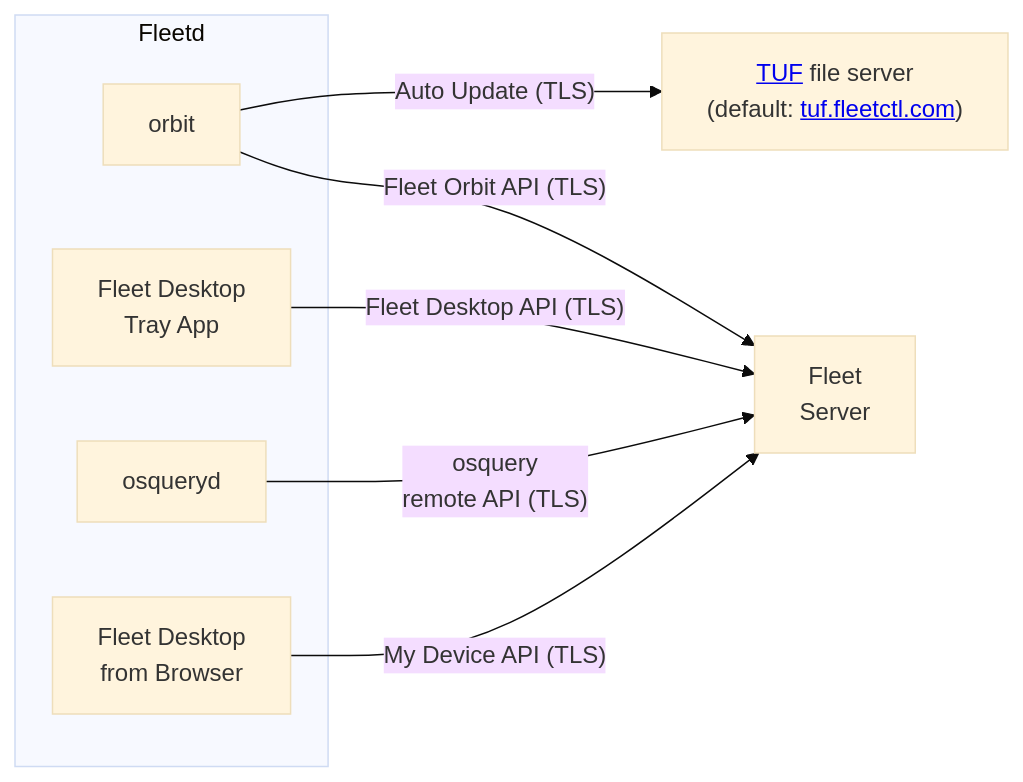
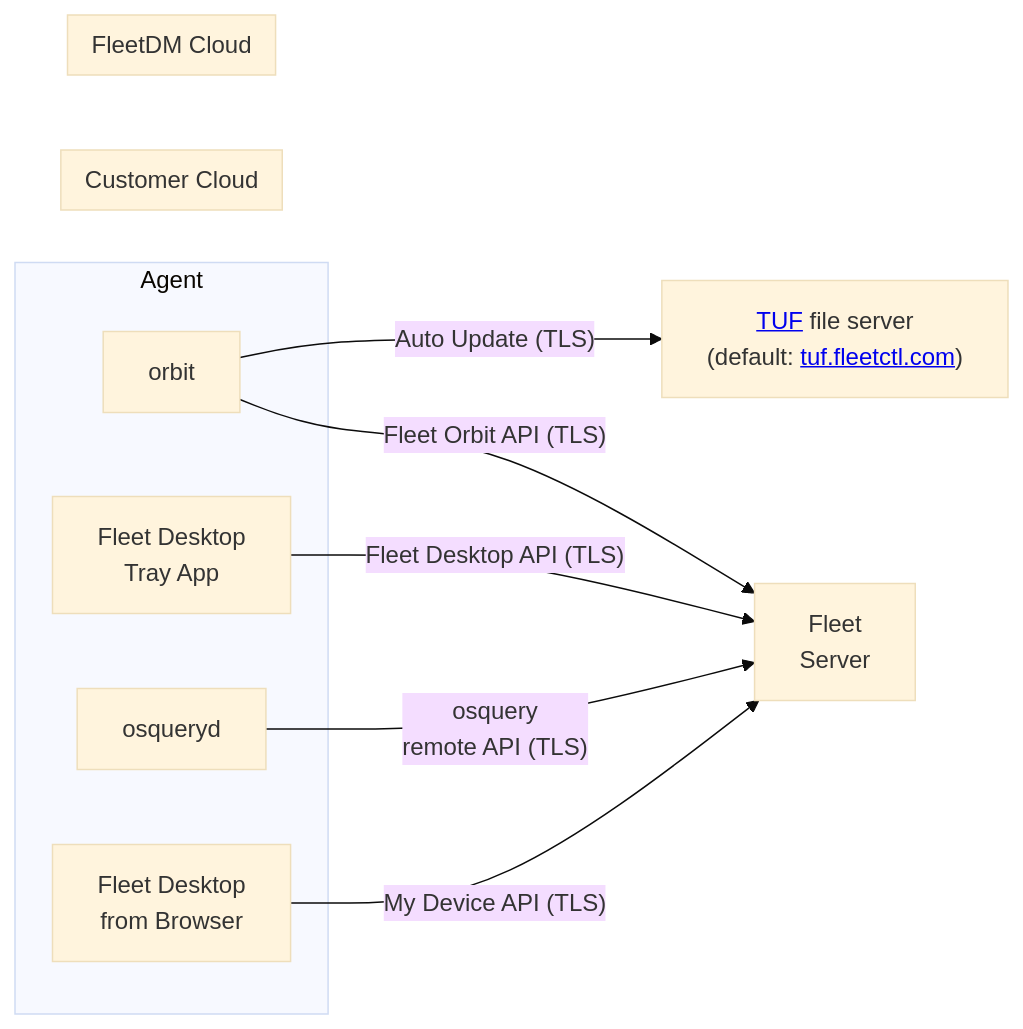
Before and after one commit to fleetdm/fleet: the diagram in docs/Contributing/high-level-architecture.md, drawn with Mermaid (base theme).

````diff
--- a/docs/Contributing/high-level-architecture.md
+++ b/docs/Contributing/high-level-architecture.md
@@ -12,20 +12,36 @@
 ```mermaid
 graph LR;
     tuf["<a href=https://theupdateframework.io/>TUF</a> file server<br>(default: <a href=https://tuf.fleetctl.com>tuf.fleetctl.com</a>)"];
     fleet_server[Fleet<br>Server];
 
-    subgraph Fleetd
+    subgraph Agent
+        orbit[orbit];
+        desktop[Fleet Desktop<br>Tray App];
+        osqueryd[osqueryd];
+
+        desktop_browser[Fleet Desktop<br> from Browser];
+    end
+
+    subgraph Customer Cloud
+        orbit[orbit];
+        desktop[Fleet Desktop<br>Tray App];
+        osqueryd[osqueryd];
+
+        desktop_browser[Fleet Desktop<br> from Browser];
+    end
+
+    subgraph FleetDM Cloud
         orbit[orbit];
         desktop[Fleet Desktop<br>Tray App];
         osqueryd[osqueryd];
 
         desktop_browser[Fleet Desktop<br> from Browser];
     end
 
     orbit -- "Fleet Orbit API (TLS)" --> fleet_server;
     desktop -- "Fleet Desktop API (TLS)" --> fleet_server;
     osqueryd -- "osquery<br>remote API (TLS)" --> fleet_server;
     desktop_browser -- "My Device API (TLS)" --> fleet_server;
 
     orbit -- "Auto Update (TLS)" --> tuf;
 ```
````
